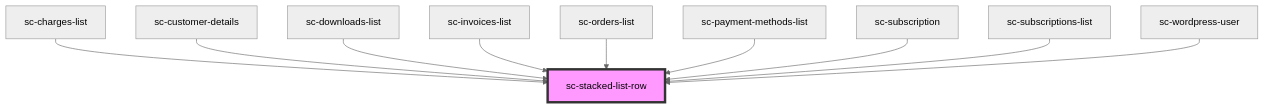
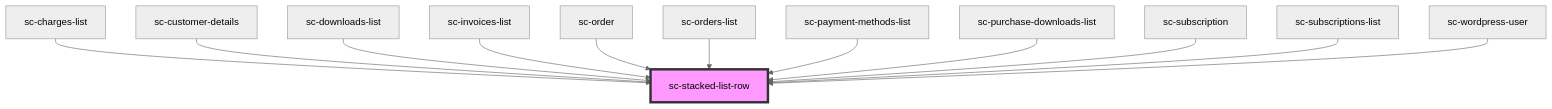
Before and after one commit to surecart/surecart-wp-plugin: the diagram in packages/components/src/components/ui/stacked-list-row/readme.md, drawn with Mermaid (neutral theme). The commit also changed other lines of this file and 68 other files, not shown here.

````diff
--- a/packages/components/src/components/ui/stacked-list-row/readme.md
+++ b/packages/components/src/components/ui/stacked-list-row/readme.md
@@ -39,13 +41,15 @@
 ```mermaid
 graph TD;
   sc-charges-list --> sc-stacked-list-row
   sc-customer-details --> sc-stacked-list-row
   sc-downloads-list --> sc-stacked-list-row
   sc-invoices-list --> sc-stacked-list-row
+  sc-order --> sc-stacked-list-row
   sc-orders-list --> sc-stacked-list-row
   sc-payment-methods-list --> sc-stacked-list-row
+  sc-purchase-downloads-list --> sc-stacked-list-row
   sc-subscription --> sc-stacked-list-row
   sc-subscriptions-list --> sc-stacked-list-row
   sc-wordpress-user --> sc-stacked-list-row
   style sc-stacked-list-row fill:#f9f,stroke:#333,stroke-width:4px
 ```
````
